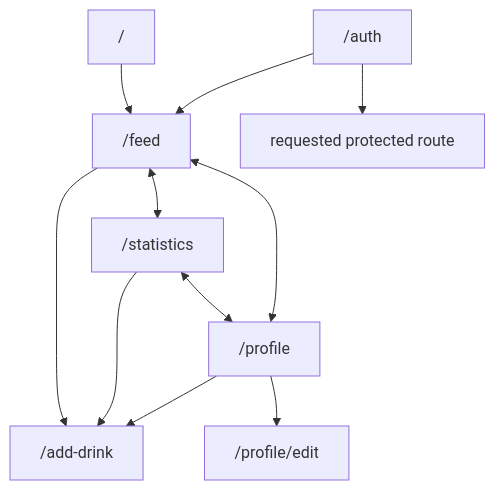
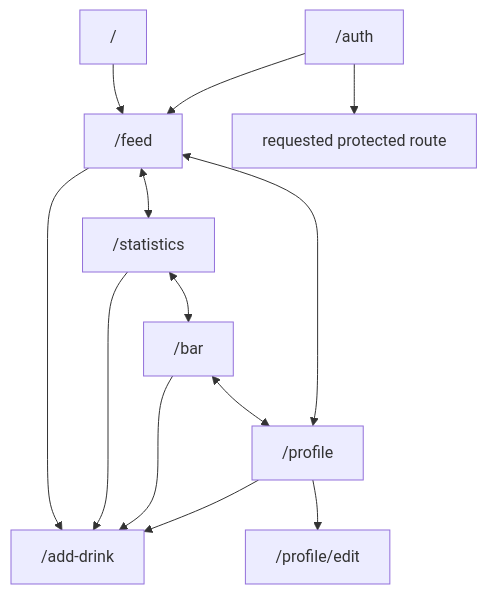
Before and after one commit to donjoergo/glasstrail: the first of 3 diagrams in README.md, drawn with Mermaid. The commit also changed other lines of this file, not shown here.

````diff
--- a/README.md
+++ b/README.md
@@ -49,17 +49,19 @@
 ```mermaid
 flowchart TD
     Root["/"] --> Feed["/feed"]
 
     Feed <--> Statistics["/statistics"]
-    Statistics <--> Profile["/profile"]
+    Statistics <--> Bar["/bar"]
+    Bar <--> Profile["/profile"]
     Profile <--> Feed
 
     Feed --> AddDrink["/add-drink"]
     Statistics --> AddDrink
+    Bar --> AddDrink
     Profile --> AddDrink
 
     Profile --> EditProfile["/profile/edit"]
 
     Auth["/auth"] --> Requested["requested protected route"]
     Auth --> Feed
 ```
````
